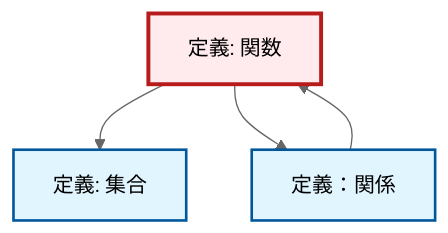
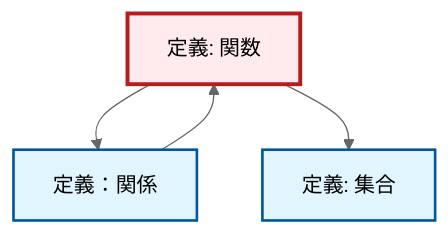
One commit to RK0429/ModernMath changed the diagram in content/ja/logic-set-theory/def-function.qmd. Above: the diagram before and after it, drawn with Mermaid (neutral theme). The commit also changed other lines of this file and 1012 other files, not shown here.

````diff
--- a/content/ja/logic-set-theory/def-function.qmd
+++ b/content/ja/logic-set-theory/def-function.qmd
@@ -75,18 +75,18 @@
 ```{mermaid}
 %%| fig-cap: "Local dependency graph"
 graph TD
     classDef definition fill:#e1f5fe,stroke:#01579b,stroke-width:2px
     classDef theorem fill:#f3e5f5,stroke:#4a148c,stroke-width:2px
     classDef axiom fill:#fff3e0,stroke:#e65100,stroke-width:2px
     classDef example fill:#e8f5e9,stroke:#1b5e20,stroke-width:2px
     classDef current fill:#ffebee,stroke:#b71c1c,stroke-width:3px
     def-function["定義: 関数"]:::definition
+    def-relation["定義：関係"]:::definition
     def-set["定義: 集合"]:::definition
-    def-relation["定義：関係"]:::definition
     def-relation --> def-function
+    def-function --> def-relation
     def-function --> def-set
-    def-function --> def-relation
     class def-function current
+    click def-relation "def-relation.html" "定義：関係へ"
     click def-set "def-set.html" "集合の定義へ"
-    click def-relation "def-relation.html" "定義：関係へ"
 ```
````
